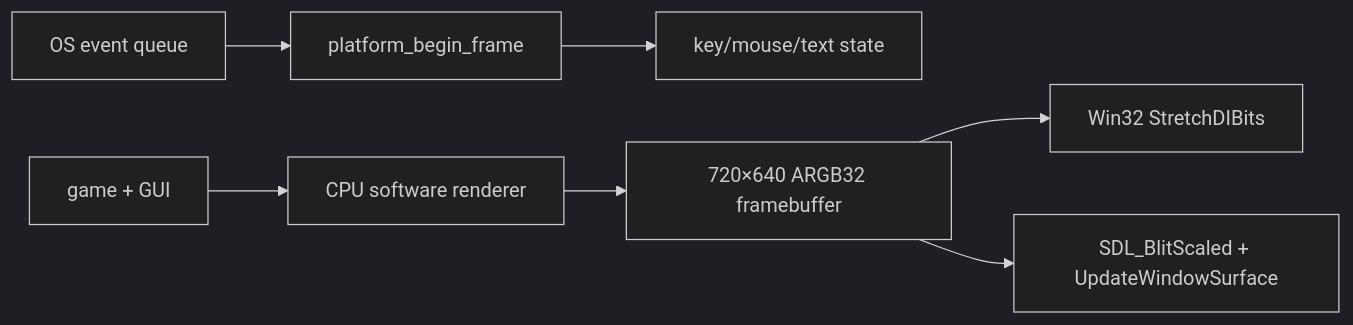
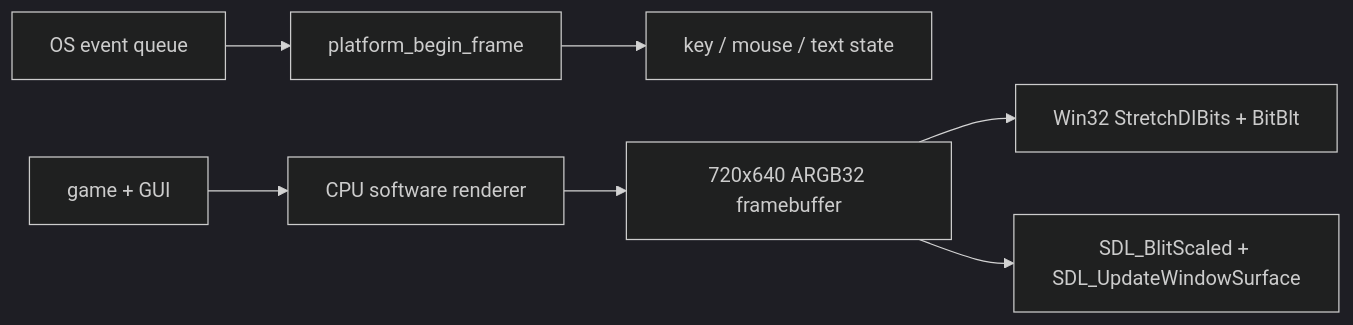
One commit to Rein-ArXiv/Tetris-Multiplayer-RL changed the first of 3 diagrams in docs/blog/part2-platform-window-input.md. Above: the diagram before and after it, drawn with Mermaid (dark theme). The commit also changed other lines of this file and 41 other files, not shown here.

````diff
--- a/docs/blog/part2-platform-window-input.md
+++ b/docs/blog/part2-platform-window-input.md
@@ -28,9 +26,9 @@
 ```mermaid
 flowchart LR
     OS["OS event queue"] --> P["platform_begin_frame"]
-    P --> I["key/mouse/text state"]
+    P --> I["key / mouse / text state"]
     G["game + GUI"] --> R["CPU software renderer"]
-    R --> F["720×640 ARGB32 framebuffer"]
-    F --> W["Win32 StretchDIBits"]
-    F --> S["SDL_BlitScaled + UpdateWindowSurface"]
+    R --> F["720x640 ARGB32 framebuffer"]
+    F --> W["Win32 StretchDIBits + BitBlt"]
+    F --> S["SDL_BlitScaled + SDL_UpdateWindowSurface"]
 ```
````
